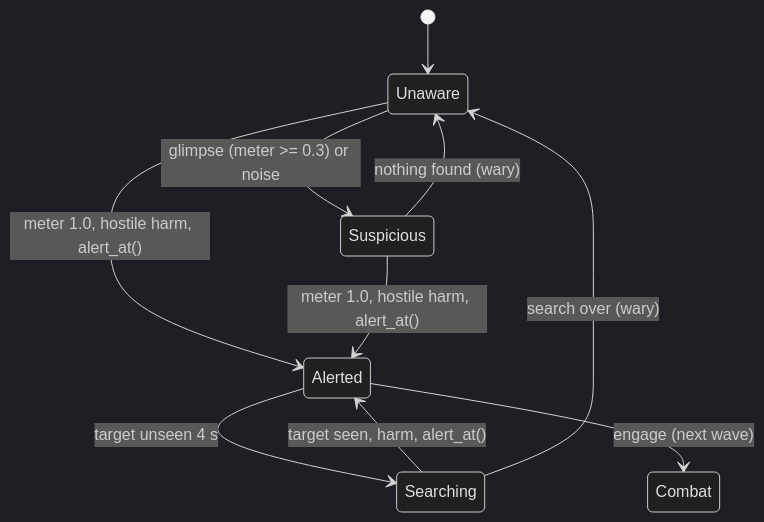
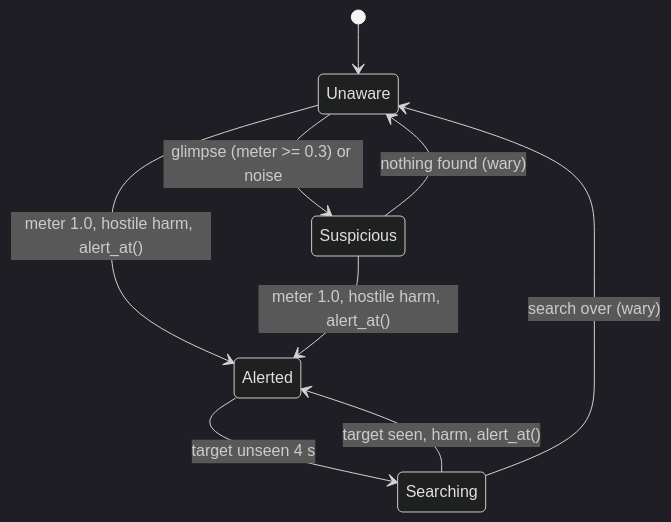
One commit to matts2cant/im-sim-proto changed the diagram in design/game/perception-and-ai.md. Above: the diagram before and after it, drawn with Mermaid (dark theme). The commit also changed other lines of this file and 69 other files, not shown here.

````diff
--- a/design/game/perception-and-ai.md
+++ b/design/game/perception-and-ai.md
@@ -18,12 +18,11 @@
 ```mermaid
 stateDiagram-v2
     [*] --> Unaware
     Unaware --> Suspicious : glimpse (meter >= 0.3) or noise
     Unaware --> Alerted : meter 1.0, hostile harm, alert_at()
     Suspicious --> Alerted : meter 1.0, hostile harm, alert_at()
     Suspicious --> Unaware : nothing found (wary)
     Alerted --> Searching : target unseen 4 s
     Searching --> Alerted : target seen, harm, alert_at()
     Searching --> Unaware : search over (wary)
-    Alerted --> Combat : engage (next wave)
 ```
````
